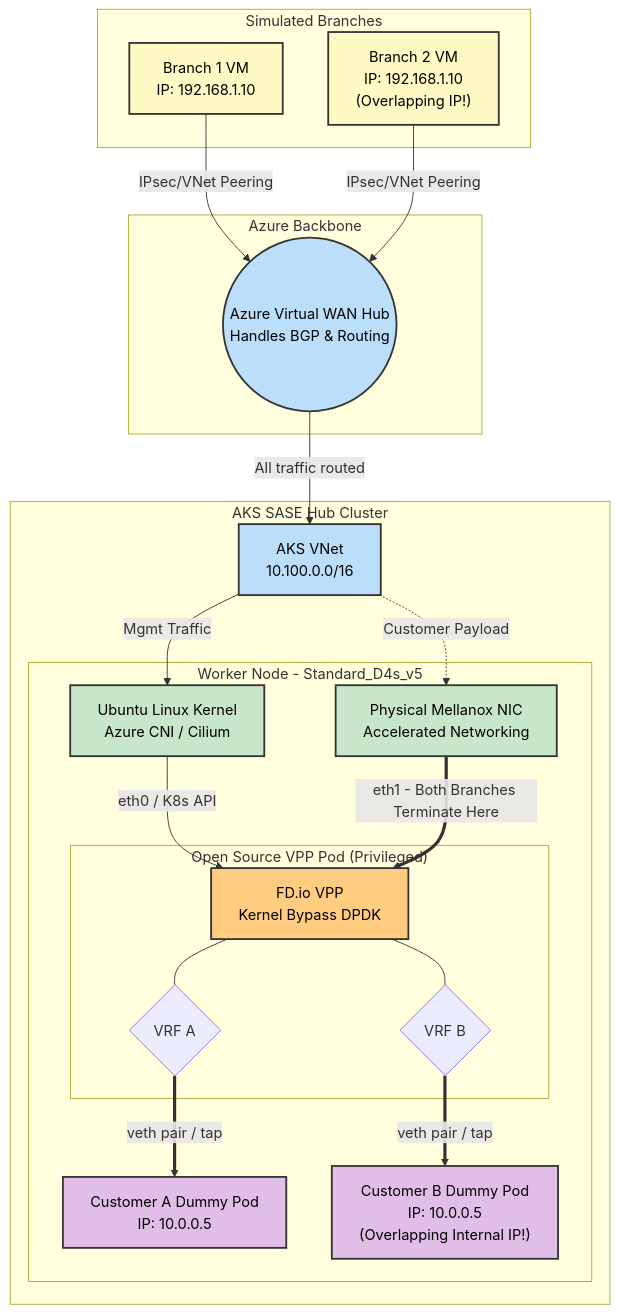
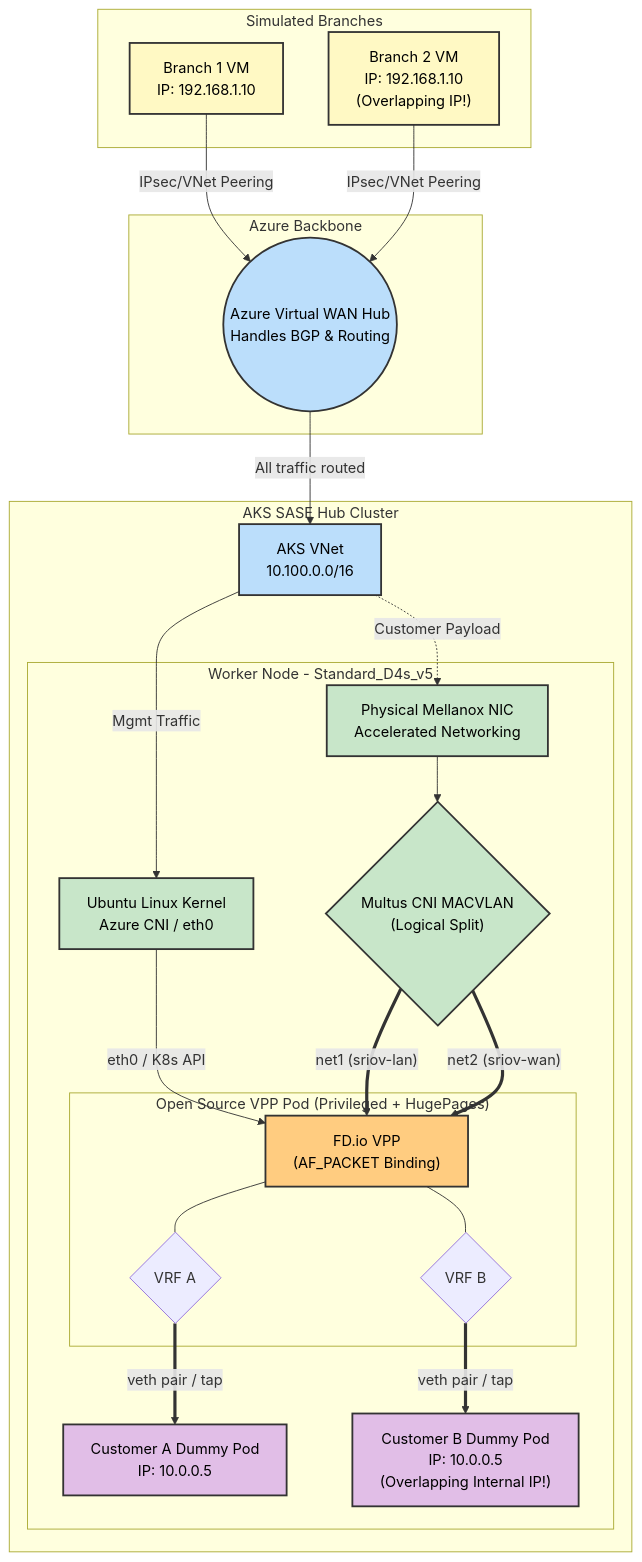
Before and after one commit to roie9876/SASE: the diagram in aks-dpdk-poc/README.md, drawn with Mermaid.

Commit message:
docs: Update architecture diagram to reflect Multus MACVLAN logic

````diff
--- a/aks-dpdk-poc/README.md
+++ b/aks-dpdk-poc/README.md
@@ -15,51 +15,55 @@
 ```mermaid
 graph TD
     classDef branch fill:#fff9c4,stroke:#333,stroke-width:2px,color:#000
     classDef azure fill:#bbdefb,stroke:#333,stroke-width:2px,color:#000
     classDef aks fill:#c8e6c9,stroke:#333,stroke-width:2px,color:#000
     classDef pod fill:#ffcc80,stroke:#333,stroke-width:2px,color:#000
     classDef app fill:#e1bee7,stroke:#333,stroke-width:2px,color:#000
 
     subgraph branches ["Simulated Branches"]
         B1["Branch 1 VM<br/>IP: 192.168.1.10"]:::branch
         B2["Branch 2 VM<br/>IP: 192.168.1.10<br/>(Overlapping IP!)"]:::branch
     end
 
     subgraph backbone ["Azure Backbone"]
         vWAN(("Azure Virtual WAN Hub<br/>Handles BGP & Routing")):::azure
         
         B1 -->|IPsec/VNet Peering| vWAN
         B2 -->|IPsec/VNet Peering| vWAN
     end
 
     subgraph akshub ["AKS SASE Hub Cluster"]
         AKS_VNET["AKS VNet<br/>10.100.0.0/16"]:::azure
         
         subgraph workernode ["Worker Node - Standard_D4s_v5"]
-            NODE_OS["Ubuntu Linux Kernel<br/>Azure CNI / Cilium"]:::aks
+            NODE_OS["Ubuntu Linux Kernel<br/>Azure CNI / eth0"]:::aks
             NIC1["Physical Mellanox NIC<br/>Accelerated Networking"]:::aks
             
-            subgraph vpppod ["Open Source VPP Pod (Privileged)"]
-                VPP["FD.io VPP<br/>Kernel Bypass DPDK"]:::pod
+            MULTUS{"Multus CNI MACVLAN<br/>(Logical Split)"}:::aks
+            NIC1 --> MULTUS
+            
+            subgraph vpppod ["Open Source VPP Pod (Privileged + HugePages)"]
+                VPP["FD.io VPP<br/>(AF_PACKET Binding)"]:::pod
                 VRF_A{VRF A}
                 VRF_B{VRF B}
                 
                 VPP --- VRF_A
                 VPP --- VRF_B
             end
             
             PODA["Customer A Dummy Pod<br/>IP: 10.0.0.5"]:::app
             PODB["Customer B Dummy Pod<br/>IP: 10.0.0.5<br/>(Overlapping Internal IP!)"]:::app
         end
     end
 
     vWAN -->|All traffic routed| AKS_VNET
     AKS_VNET -->|Mgmt Traffic| NODE_OS
     AKS_VNET -.->|Customer Payload| NIC1
     
     NODE_OS -->|"eth0 / K8s API"| VPP
-    NIC1 == "eth1 - Both Branches Terminate Here" ==> VPP
+    MULTUS == "net1 (sriov-lan)" ==> VPP
+    MULTUS == "net2 (sriov-wan)" ==> VPP
     
     VRF_A == "veth pair / tap" ==> PODA
     VRF_B == "veth pair / tap" ==> PODB
 ```
````
